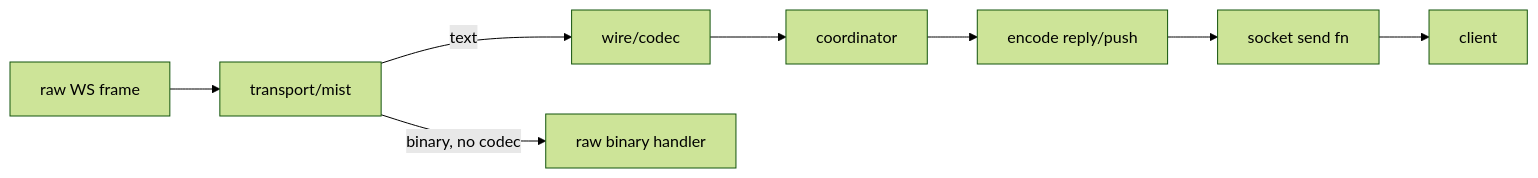
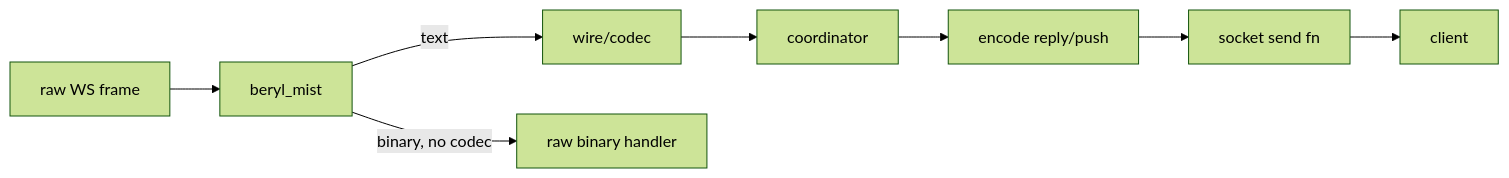
The diagram in website/src/content/docs/architecture/wire-and-transport.md (tylerbutler/beryl), drawn with Mermaid (forest theme) before and after one commit. The commit also changed other lines of this file and 15 other files, not shown here.

First line of the commit message:
docs(website): document the beryl_mist split and generate multi-package reference

````diff
--- a/website/src/content/docs/architecture/wire-and-transport.md
+++ b/website/src/content/docs/architecture/wire-and-transport.md
@@ -82,8 +82,8 @@
 ```mermaid
 flowchart LR
-  FR["raw WS frame"] --> MI["transport/mist"]
+  FR["raw WS frame"] --> MI["beryl_mist"]
   MI -->|text| CD["wire/codec"]
   MI -->|binary, no codec| RB["raw binary handler"]
   CD --> CO["coordinator"]
   CO --> EN["encode reply/push"] --> SF["socket send fn"] --> CL["client"]
 ```
````
